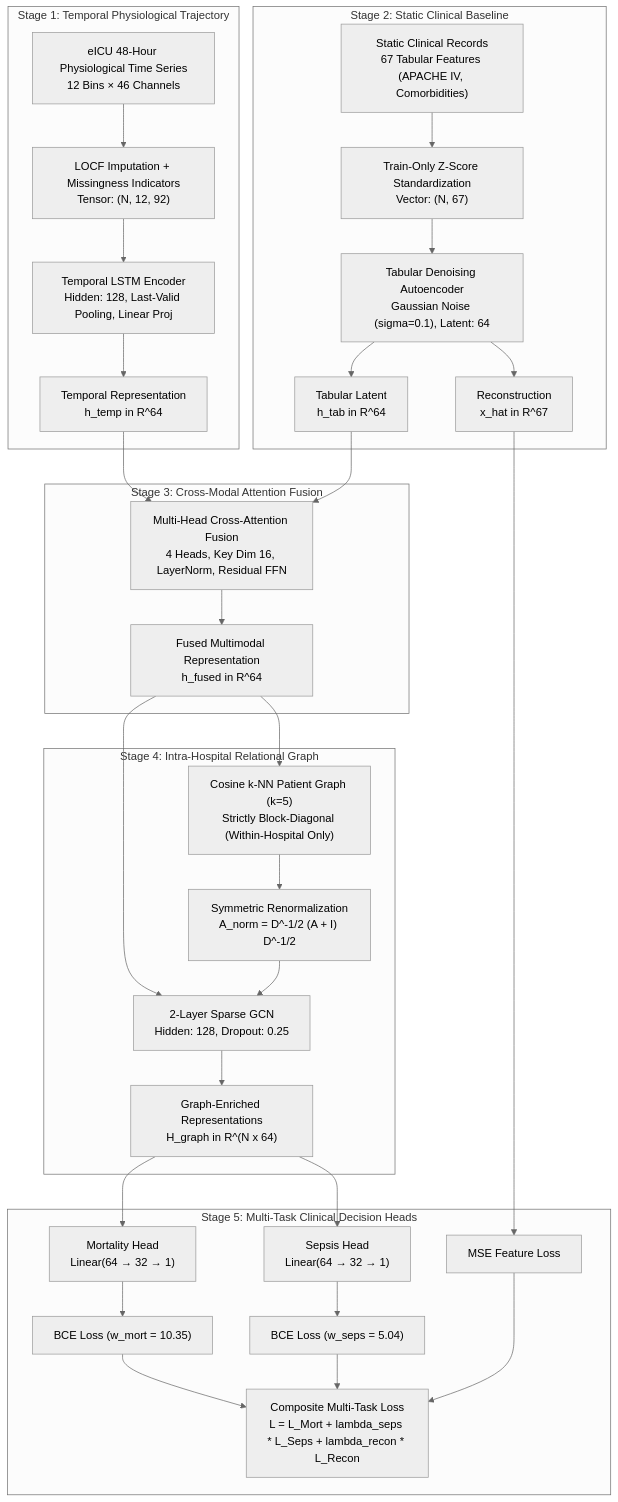
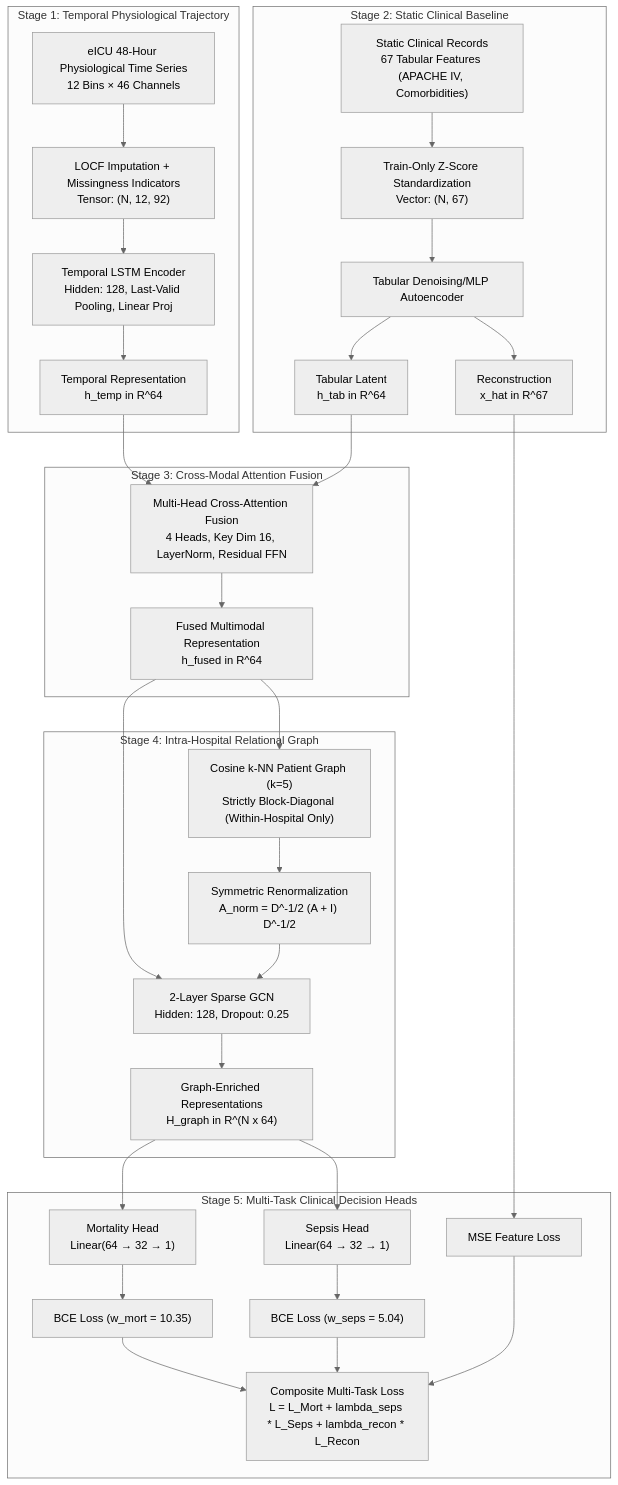
The diagram in README.md (ryn379/Multimodal-Graph-Learning-Framework), drawn with Mermaid (neutral theme) before and after one commit. The commit also changed other lines of this file, not shown here.

Commit message:
Update README.md: clarify terminology and enhance descriptions of model architecture

````diff
--- a/README.md
+++ b/README.md
@@ -58,56 +58,56 @@
 ```mermaid
 flowchart TD
     subgraph S1["Stage 1: Temporal Physiological Trajectory"]
         TS_In["eICU 48-Hour Physiological Time Series<br/>12 Bins × 46 Channels"]
         TS_Imp["LOCF Imputation + Missingness Indicators<br/>Tensor: (N, 12, 92)"]
         LSTM["Temporal LSTM Encoder<br/>Hidden: 128, Last-Valid Pooling, Linear Proj"]
         TS_Emb["Temporal Representation<br/>h_temp in R^64"]
         TS_In --> TS_Imp --> LSTM --> TS_Emb
     end
 
     subgraph S2["Stage 2: Static Clinical Baseline"]
         Tab_In["Static Clinical Records<br/>67 Tabular Features (APACHE IV, Comorbidities)"]
         Tab_Norm["Train-Only Z-Score Standardization<br/>Vector: (N, 67)"]
-        DAE["Tabular Denoising Autoencoder<br/>Gaussian Noise (sigma=0.1), Latent: 64"]
+        DAE["Tabular Denoising/MLP Autoencoder"]
         Tab_Emb["Tabular Latent<br/>h_tab in R^64"]
         Tab_Recon["Reconstruction<br/>x_hat in R^67"]
         Tab_In --> Tab_Norm --> DAE
         DAE --> Tab_Emb
         DAE --> Tab_Recon
     end
 
     subgraph S3["Stage 3: Cross-Modal Attention Fusion"]
         AttnFusion["Multi-Head Cross-Attention Fusion<br/>4 Heads, Key Dim 16, LayerNorm, Residual FFN"]
         Fused_Emb["Fused Multimodal Representation<br/>h_fused in R^64"]
         TS_Emb --> AttnFusion
         Tab_Emb --> AttnFusion
         AttnFusion --> Fused_Emb
     end
 
     subgraph S4["Stage 4: Intra-Hospital Relational Graph"]
         KNN["Cosine k-NN Patient Graph (k=5)<br/>Strictly Block-Diagonal (Within-Hospital Only)"]
         Laplacian["Symmetric Renormalization<br/>A_norm = D^-1/2 (A + I) D^-1/2"]
         GCN["2-Layer Sparse GCN<br/>Hidden: 128, Dropout: 0.25"]
         Graph_Emb["Graph-Enriched Representations<br/>H_graph in R^(N x 64)"]
         Fused_Emb --> KNN --> Laplacian
         Fused_Emb --> GCN
         Laplacian --> GCN
         GCN --> Graph_Emb
     end
 
     subgraph S5["Stage 5: Multi-Task Clinical Decision Heads"]
         Mort_Head["Mortality Head<br/>Linear(64 → 32 → 1)"]
         Seps_Head["Sepsis Head<br/>Linear(64 → 32 → 1)"]
         L_Mort["BCE Loss (w_mort = 10.35)"]
         L_Seps["BCE Loss (w_seps = 5.04)"]
         L_Recon["MSE Feature Loss"]
         Loss["Composite Multi-Task Loss<br/>L = L_Mort + lambda_seps * L_Seps + lambda_recon * L_Recon"]
 
         Graph_Emb --> Mort_Head --> L_Mort
         Graph_Emb --> Seps_Head --> L_Seps
         Tab_Recon --> L_Recon
         L_Mort --> Loss
         L_Seps --> Loss
         L_Recon --> Loss
     end
 ```
````
